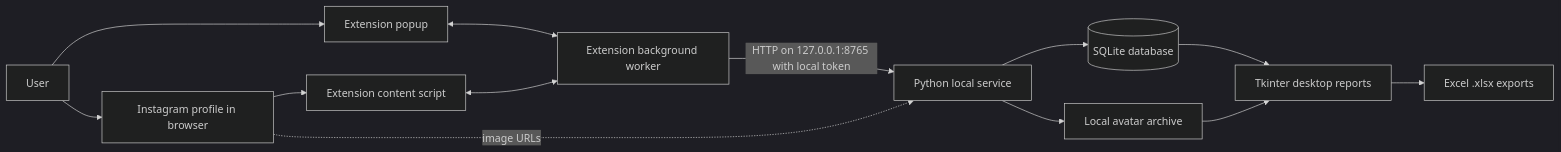
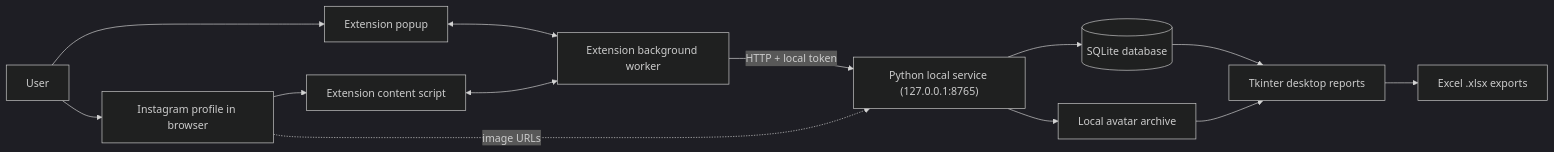
The diagram in README.md (xxkyser-ctrl/IB_Circlio), drawn with Mermaid (dark theme) before and after one commit.

Commit message:
Fix README architecture rendering

````diff
--- a/README.md
+++ b/README.md
@@ -54,15 +54,15 @@
 ```mermaid
 flowchart LR
-    User --> Instagram[Instagram profile in browser]
-    Instagram --> Content[Extension content script]
-    User --> Popup[Extension popup]
-    Popup <--> Background[Extension background worker]
+    User["User"] --> Instagram["Instagram profile in browser"]
+    Instagram --> Content["Extension content script"]
+    User --> Popup["Extension popup"]
+    Popup <--> Background["Extension background worker"]
     Content <--> Background
-    Background -->|HTTP on 127.0.0.1:8765 with local token| API[Python local service]
-    API --> DB[(SQLite database)]
-    API --> Images[Local avatar archive]
-    Instagram -. image URLs .-> API
-    DB --> Reports[Tkinter desktop reports]
+    Background -->|"HTTP + local token"| API["Python local service (127.0.0.1:8765)"]
+    API --> DB[("SQLite database")]
+    API --> Images["Local avatar archive"]
+    Instagram -. "image URLs" .-> API
+    DB --> Reports["Tkinter desktop reports"]
     Images --> Reports
-    Reports --> Excel[Excel .xlsx exports]
+    Reports --> Excel["Excel .xlsx exports"]
 ```
````
